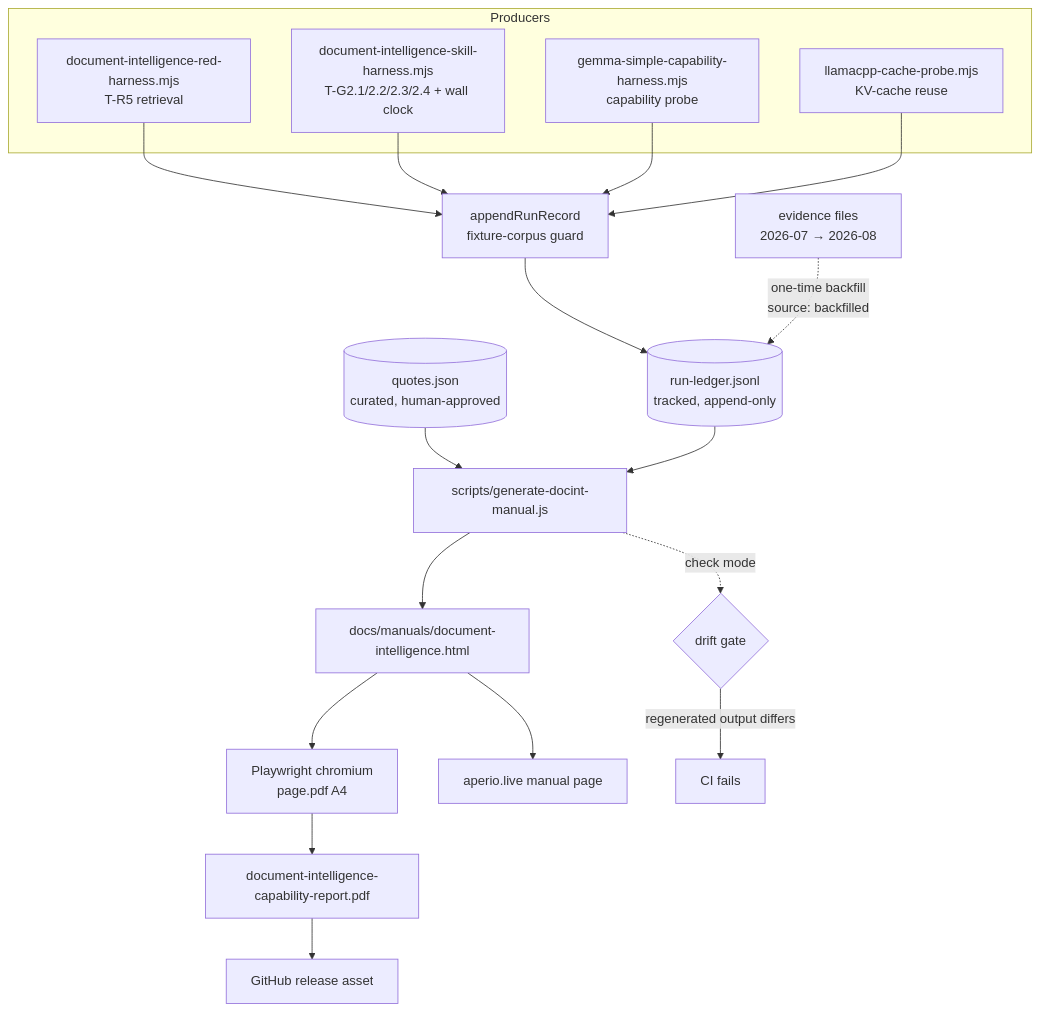
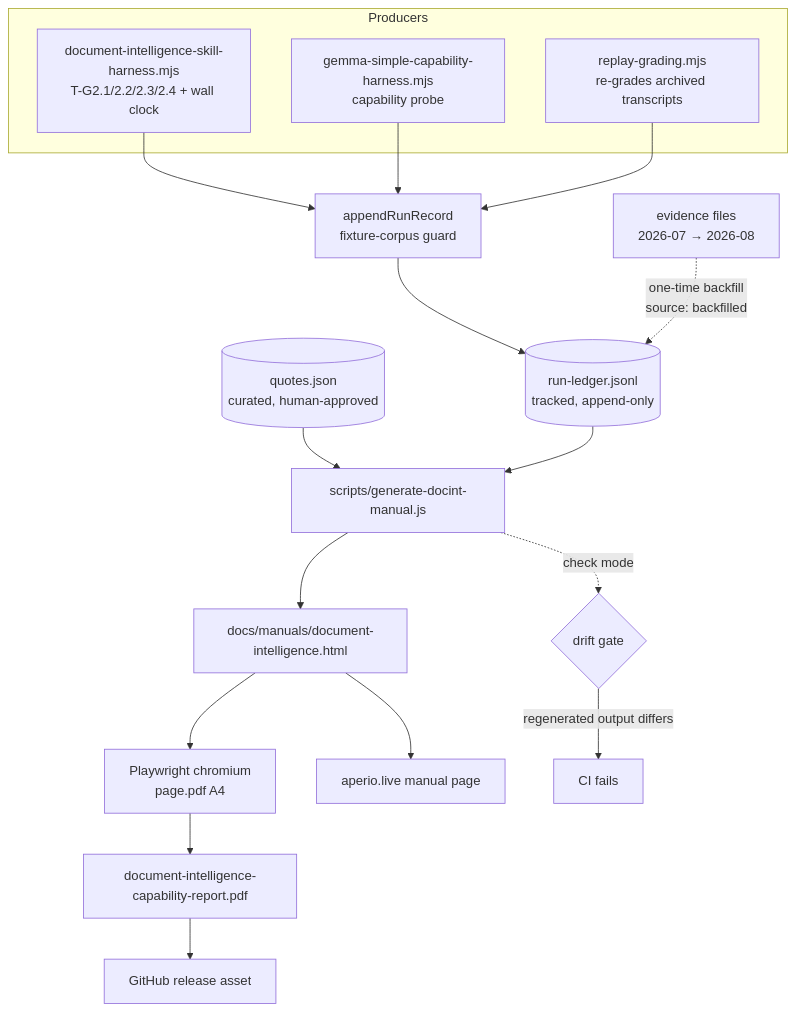
The diagram in trash/plans/docint-capability-manual/docint-capability-manual.md (BaiGanio/aperio), drawn with Mermaid before and after one commit. The commit also changed 14 other files, not shown here.

````diff
--- a/trash/plans/docint-capability-manual/docint-capability-manual.md
+++ b/trash/plans/docint-capability-manual/docint-capability-manual.md
@@ -39,29 +39,27 @@
 ```mermaid
 graph TD
     subgraph Producers
-        H1[document-intelligence-red-harness.mjs<br/>T-R5 retrieval]
         H2[document-intelligence-skill-harness.mjs<br/>T-G2.1/2.2/2.3/2.4 + wall clock]
         H3[gemma-simple-capability-harness.mjs<br/>capability probe]
-        H4[llamacpp-cache-probe.mjs<br/>KV-cache reuse]
+        H5[replay-grading.mjs<br/>re-grades archived transcripts]
     end
 
-    H1 --> APP[appendRunRecord<br/>fixture-corpus guard]
-    H2 --> APP
+    H2 --> APP[appendRunRecord<br/>fixture-corpus guard]
     H3 --> APP
-    H4 --> APP
+    H5 --> APP
 
     APP --> L[(run-ledger.jsonl<br/>tracked, append-only)]
     EV[evidence files<br/>2026-07 → 2026-08] -. one-time backfill<br/>source: backfilled .-> L
     Q[(quotes.json<br/>curated, human-approved)] --> G
 
     L --> G[scripts/generate-docint-manual.js]
     G --> HTML[docs/manuals/document-intelligence.html]
     HTML --> PW[Playwright chromium<br/>page.pdf A4]
     PW --> PDF[document-intelligence-capability-report.pdf]
 
     HTML --> WEB[aperio.live manual page]
     PDF --> REL[GitHub release asset]
 
     G -. check mode .-> CI{drift gate}
     CI -->|regenerated output differs| FAIL[CI fails]
 ```
````
